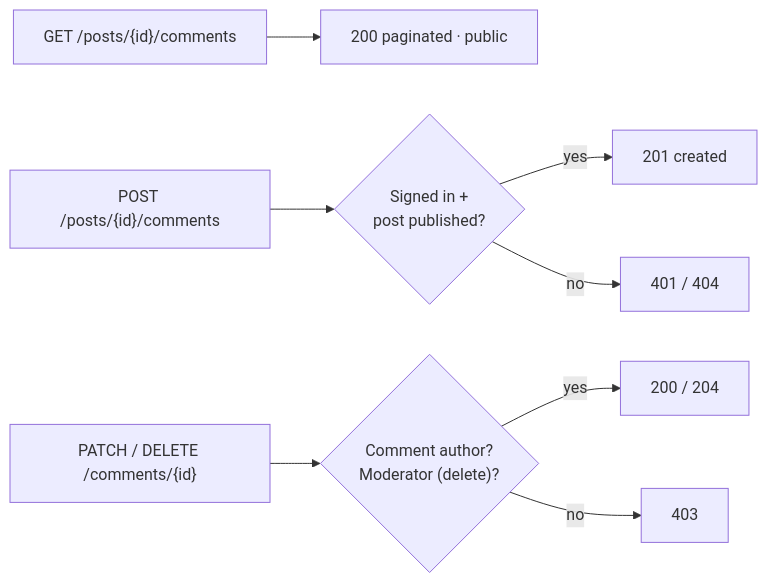
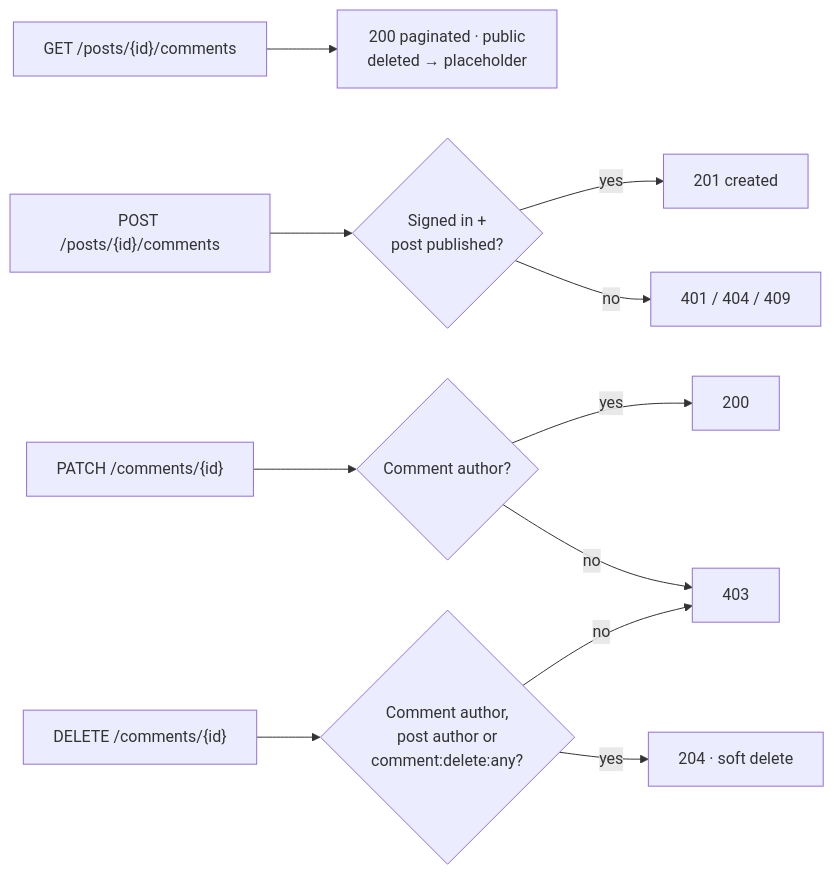
One commit to mr-laboratory/nebula changed the tenth of 13 diagrams in docs/architecture.md. Above: the diagram before and after it, drawn with Mermaid. The commit also changed other lines of this file and 3 other files, not shown here.

Commit message:
docs: likes and comments API, flows and learning log; bump version to 0.5.0

````diff
--- a/docs/architecture.md
+++ b/docs/architecture.md
@@ -156,10 +161,13 @@
 ```mermaid
 flowchart LR
-    R["GET /posts/{id}/comments"] --> P[200 paginated · public]
-    C["POST /posts/{id}/comments"] --> S{Signed in +<br/>post published?}
+    R["GET /posts/{id}/comments"] --> P["200 paginated · public<br/>deleted → placeholder"]
+    C["POST /posts/{id}/comments"] --> S{"Signed in +<br/>post published?"}
     S -->|yes| K[201 created]
-    S -->|no| X[401 / 404]
-    E["PATCH / DELETE /comments/{id}"] --> W{"Comment author?<br/>Moderator (delete)?"}
-    W -->|yes| Y[200 / 204]
+    S -->|no| X[401 / 404 / 409]
+    E["PATCH /comments/{id}"] --> W{Comment author?}
+    W -->|yes| Y[200]
     W -->|no| Z[403]
+    D["DELETE /comments/{id}"] --> W2{"Comment author,<br/>post author or<br/>comment:delete:any?"}
+    W2 -->|yes| Y2["204 · soft delete"]
+    W2 -->|no| Z
 ```
````
